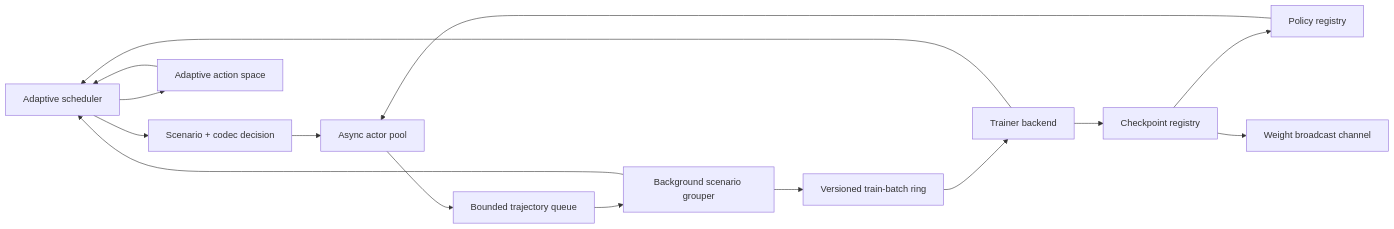
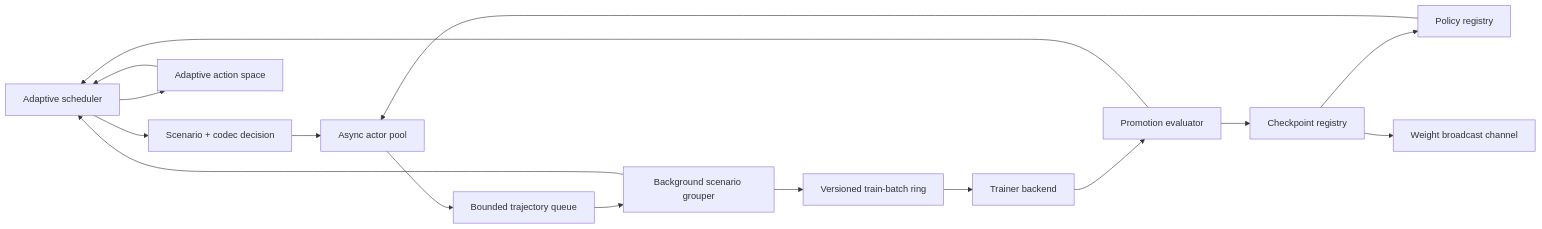
Before and after one commit to nxrobins/calm-puffer-art: the diagram in docs/architecture.md, drawn with Mermaid. The commit also changed other lines of this file and 8 other files, not shown here.

Commit message:
Add promotion-gated checkpoint control

````diff
--- a/docs/architecture.md
+++ b/docs/architecture.md
@@ -18,17 +19,18 @@
 ```mermaid
 flowchart LR
     S["Adaptive scheduler"] --> A["Scenario + codec decision"]
     X["Adaptive action space"] --> S
     S --> X
     A --> B["Async actor pool"]
     P["Policy registry"] --> B
     B --> Q["Bounded trajectory queue"]
     Q --> G["Background scenario grouper"]
     G --> R["Versioned train-batch ring"]
     R --> T["Trainer backend"]
-    T --> C["Checkpoint registry"]
+    T --> E["Promotion evaluator"]
+    E --> C["Checkpoint registry"]
     C --> P
     C --> W["Weight broadcast channel"]
     G --> S
-    T --> S
+    E --> S
 ```
````
